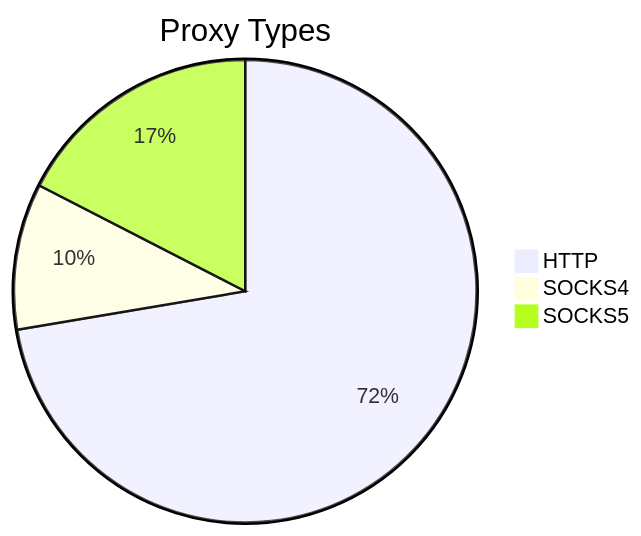
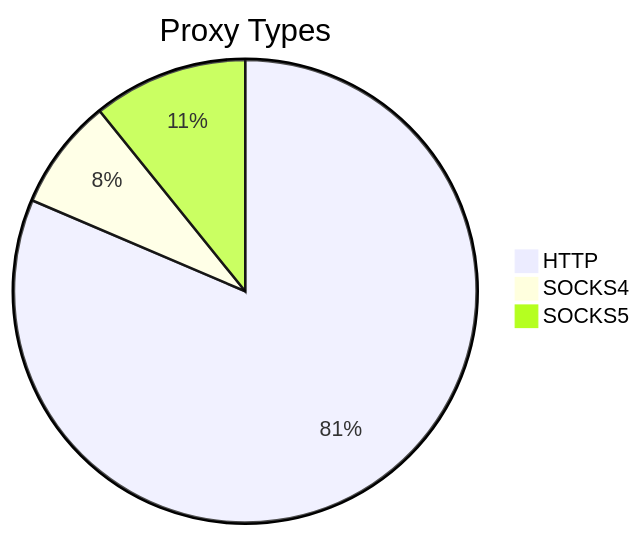
One commit to stormsia/proxy-list changed the first of 2 diagrams in README.md. Above: the diagram before and after it, drawn with Mermaid. The commit also changed other lines of this file, not shown here.

````diff
--- a/README.md
+++ b/README.md
@@ -21,6 +21,6 @@
 ```mermaid
 pie title Proxy Types
-    "HTTP" : 170
-    "SOCKS4" : 24
-    "SOCKS5" : 41
+    "HTTP" : 241
+    "SOCKS4" : 23
+    "SOCKS5" : 32
 ```
````
